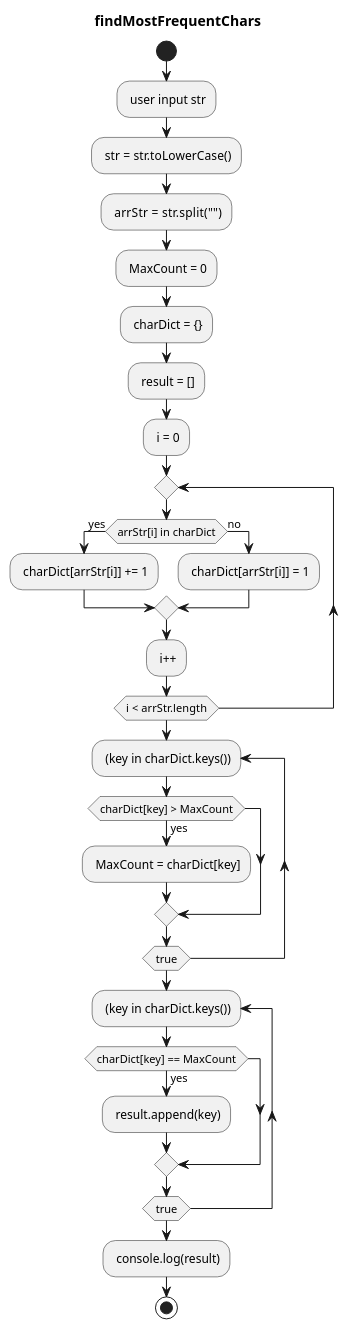
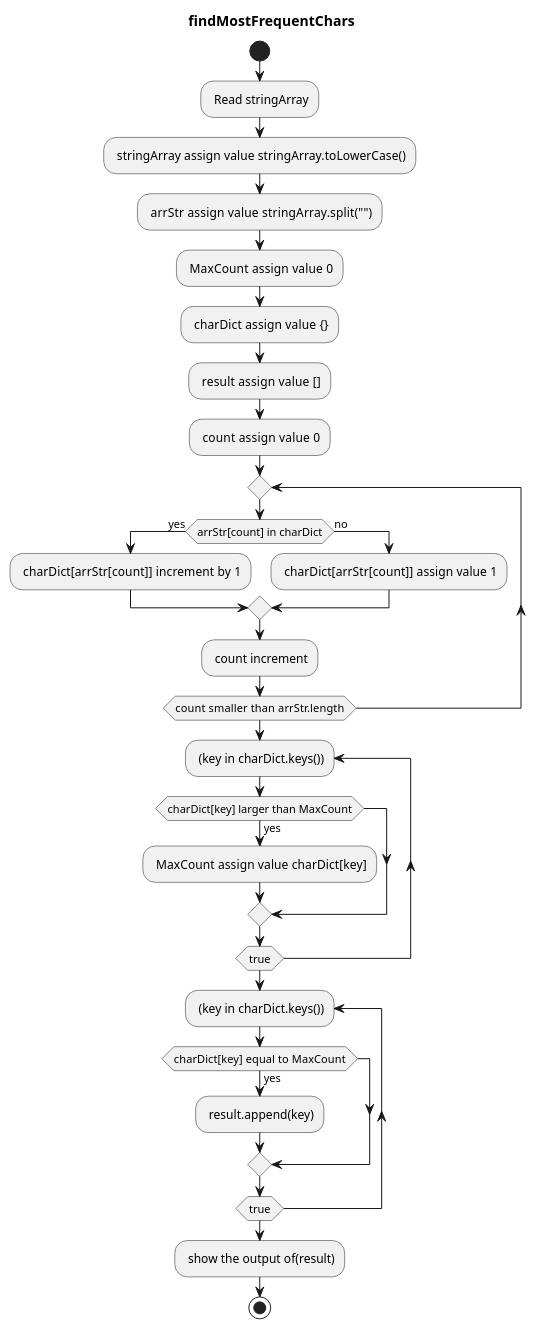
Before and after one commit to codingPhuc/B-i-t-p-nh-p-m-n-l-p-tr-nh: the diagram in diagram/8c.wsd, drawn with PlantUML. The commit also changed 102 other files, not shown here.

```diff
--- a/diagram/8c.wsd
+++ b/diagram/8c.wsd
@@ -1,34 +1,34 @@
 @startuml findMostFrequentChars
 title findMostFrequentChars
 start
-: user input str;
-: str = str.toLowerCase();
-: arrStr =  str.split("");
-: MaxCount = 0; 
-: charDict = {};
-: result = [];
-: i = 0;
+: Read stringArray;
+: stringArray assign value  stringArray.toLowerCase();
+: arrStr assign value   stringArray.split("");
+: MaxCount assign value  0; 
+: charDict assign value  {};
+: result assign value  [];
+: count assign value  0;
 repeat
-if (arrStr[i] in charDict) then (yes)
-    : charDict[arrStr[i]] += 1;
+if (arrStr[count] in charDict) then (yes)
+    : charDict[arrStr[count]] increment by  1;
 else (no)
-    : charDict[arrStr[i]] = 1;
+    : charDict[arrStr[count]] assign value  1;
 endif
-: i++;
-repeat while (i < arrStr.length)
+: count increment;
+repeat while (count smaller than  arrStr.length)
 
 repeat : (key in charDict.keys())
-if (charDict[key] > MaxCount) then (yes)
-    : MaxCount = charDict[key];
+if (charDict[key] larger than MaxCount) then (yes)
+    : MaxCount assign value  charDict[key];
 endif
 repeat while (true)
 
 repeat : (key in charDict.keys())
-if (charDict[key] == MaxCount) then (yes)
+if (charDict[key] equal to  MaxCount) then (yes)
     : result.append(key);
 endif
 repeat while (true)
 
-: console.log(result);
+: show the output of(result);
 stop
 @enduml
```
